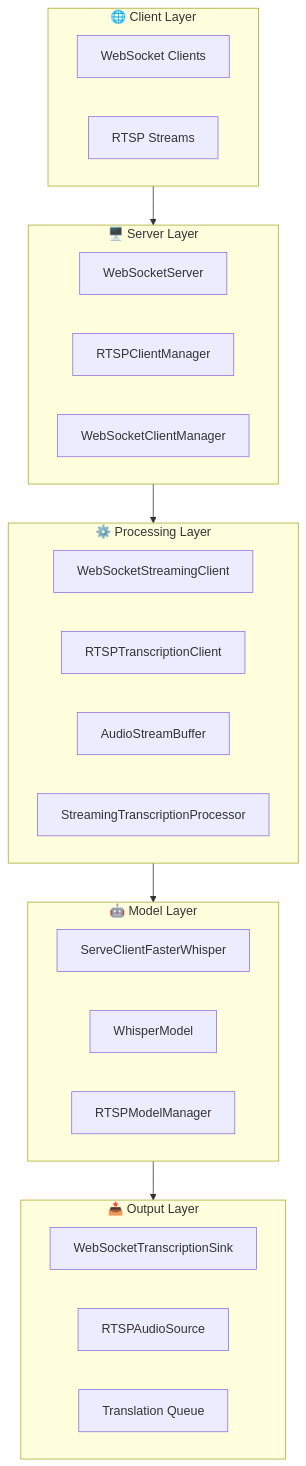
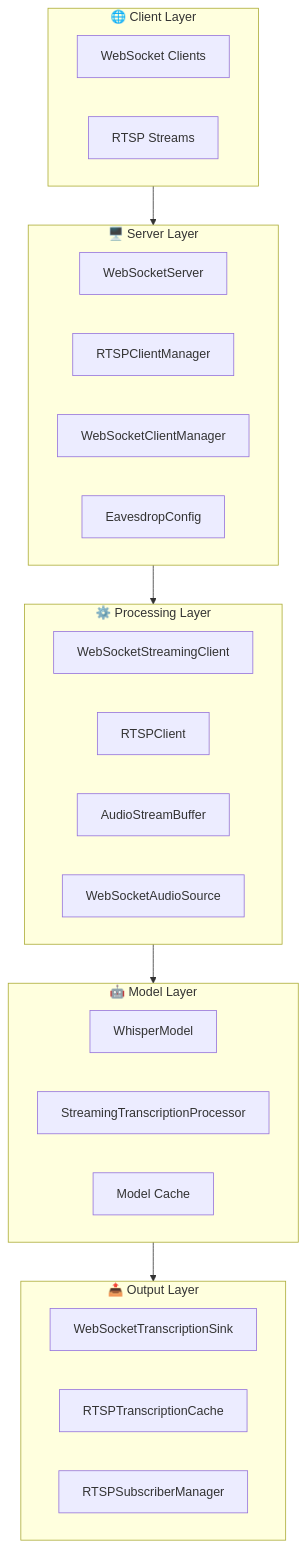
One commit to shyndman/lmnop-eavesdrop changed the first of 7 diagrams in ARCHITECTURE.md. Above: the diagram before and after it, drawn with Mermaid. The commit also changed other lines of this file, not shown here.

Commit message:
Update with latest architecture details

````diff
--- a/ARCHITECTURE.md
+++ b/ARCHITECTURE.md
@@ -11,38 +11,39 @@
 ```mermaid
 graph TD
     subgraph CLIENT ["🌐 Client Layer"]
         WS_CLIENT[WebSocket Clients]
         RTSP_STREAM[RTSP Streams]
     end
 
     subgraph SERVER ["🖥️ Server Layer"]
         WS_SERVER[WebSocketServer]
-        RTSP_MANAGER[RTSPClientManager]  
+        RTSP_MANAGER[RTSPClientManager]
         CLIENT_MGR[WebSocketClientManager]
+        CONFIG_MGR[EavesdropConfig]
     end
 
     subgraph PROCESSING ["⚙️ Processing Layer"]
         WS_STREAMING_CLIENT[WebSocketStreamingClient]
-        RTSP_TRANSCRIPTION_CLIENT[RTSPTranscriptionClient]
+        RTSP_CLIENT[RTSPClient]
         AUDIO_BUFFER[AudioStreamBuffer]
-        TRANSCRIPTION_PROC[StreamingTranscriptionProcessor]
+        AUDIO_SOURCE[WebSocketAudioSource]
     end
 
     subgraph MODEL ["🤖 Model Layer"]
-        WHISPER_BACKEND[ServeClientFasterWhisper]
         WHISPER_MODEL[WhisperModel]
-        RTSP_MODEL_MGR[RTSPModelManager]
+        SHARED_PROCESSOR[StreamingTranscriptionProcessor]
+        MODEL_CACHE[Model Cache]
     end
 
     subgraph OUTPUT ["📤 Output Layer"]
         WS_SINK[WebSocketTranscriptionSink]
-        RTSP_SINK[RTSPAudioSource]
-        TRANSLATION_QUEUE[Translation Queue]
+        RTSP_CACHE[RTSPTranscriptionCache]
+        SUBSCRIBER_MGR[RTSPSubscriberManager]
     end
 
     %% %% Layer-to-layer connections (vertical flow)
     CLIENT --> SERVER
-    SERVER --> PROCESSING  
+    SERVER --> PROCESSING
     PROCESSING --> MODEL
     MODEL --> OUTPUT
 ```
````
